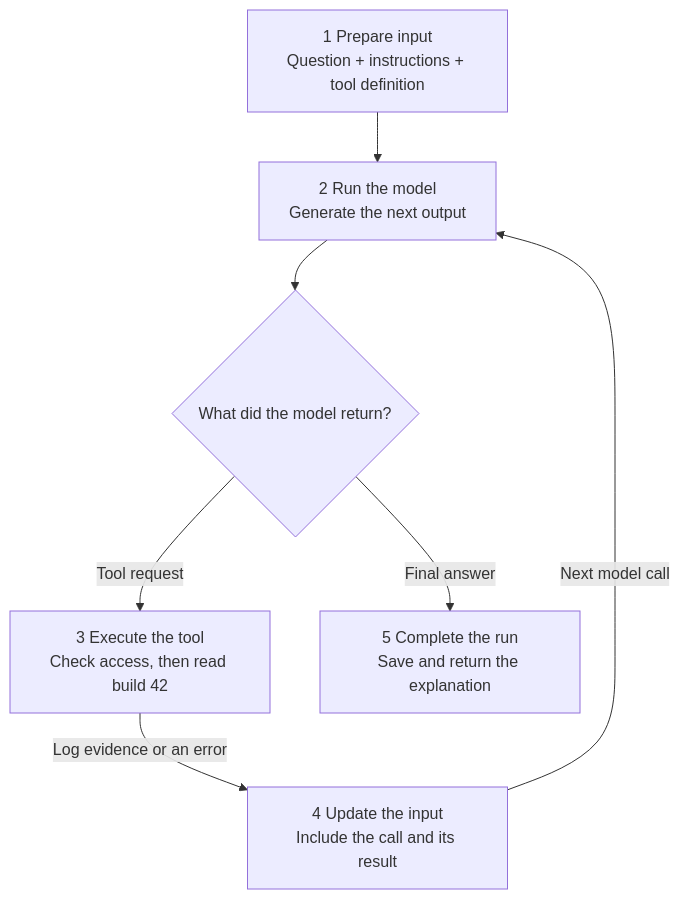
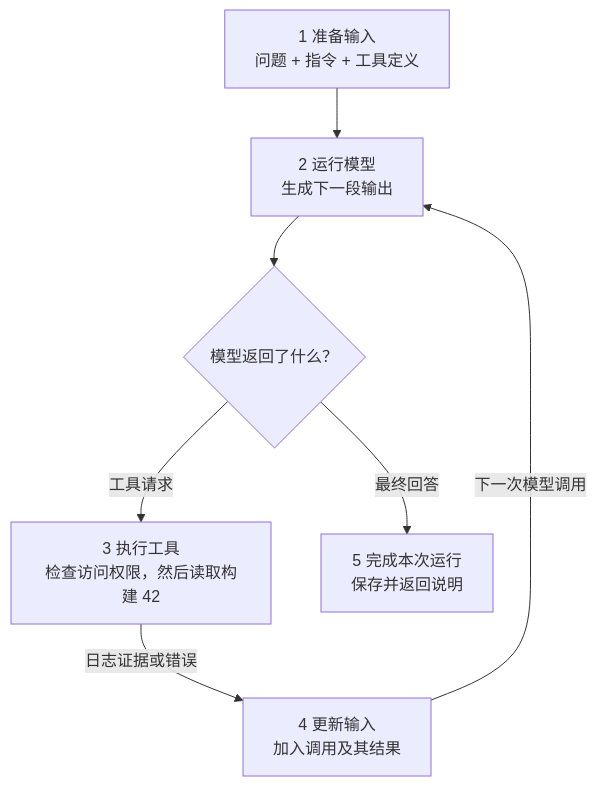
Before and after one commit to Negronii/MyNotes: the first of 7 diagrams in review/generated/ai-engineering.md, drawn with Mermaid. The commit also changed other lines of this file and 7 other files, not shown here.

```diff
--- a/review/generated/ai-engineering.md
+++ b/review/generated/ai-engineering.md
@@ -15,14 +15,14 @@
 ~~~mermaid
 flowchart TD
-    Input["1 Prepare input<br/>Question + instructions + tool definition"]
-    Model["2 Run the model<br/>Generate the next output"]
-    Choice{"What did the model return?"}
-    Tool["3 Execute the tool<br/>Check access, then read build 42"]
-    Context["4 Update the input<br/>Include the call and its result"]
-    Answer["5 Complete the run<br/>Save and return the explanation"]
+    Input["1 准备输入<br/>问题 + 指令 + 工具定义"]
+    Model["2 运行模型<br/>生成下一段输出"]
+    Choice{"模型返回了什么？"}
+    Tool["3 执行工具<br/>检查访问权限，然后读取构建 42"]
+    Context["4 更新输入<br/>加入调用及其结果"]
+    Answer["5 完成本次运行<br/>保存并返回说明"]
     Input --> Model --> Choice
-    Choice -->|Tool request| Tool
-    Tool -->|Log evidence or an error| Context
-    Context -->|Next model call| Model
-    Choice -->|Final answer| Answer
+    Choice -->|工具请求| Tool
+    Tool -->|日志证据或错误| Context
+    Context -->|下一次模型调用| Model
+    Choice -->|最终回答| Answer
 ~~~
```
